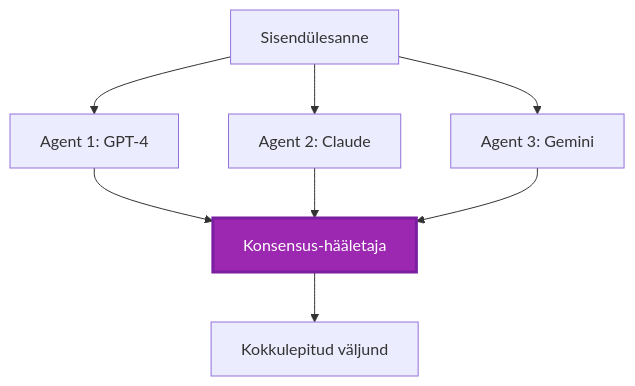
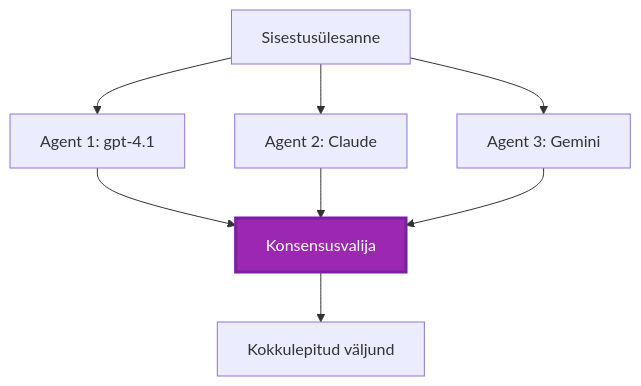
One commit to microsoft/AZD-for-beginners changed the fifth of 6 diagrams in translations/et/docs/chapter-06-pre-deployment/coordination-patterns.md. Above: the diagram before and after it, drawn with Mermaid. The commit also changed other lines of this file and 101 other files, not shown here.

````diff
--- a/translations/et/docs/chapter-06-pre-deployment/coordination-patterns.md
+++ b/translations/et/docs/chapter-06-pre-deployment/coordination-patterns.md
@@ -231,19 +225,19 @@
 ```mermaid
 graph TB
-    Input[Sisendülesanne]
-    Agent1[Agent 1: GPT-4]
+    Input[Sisestusülesanne]
+    Agent1[Agent 1: gpt-4.1]
     Agent2[Agent 2: Claude]
     Agent3[Agent 3: Gemini]
-    Voter[Konsensus-hääletaja]
+    Voter[Konsensusvalija]
     Output[Kokkulepitud väljund]
     
     Input --> Agent1
     Input --> Agent2
     Input --> Agent3
     Agent1 --> Voter
     Agent2 --> Voter
     Agent3 --> Voter
     Voter --> Output
     
     style Voter fill:#9C27B0,stroke:#7B1FA2,stroke-width:3px,color:#fff
 ```
````
